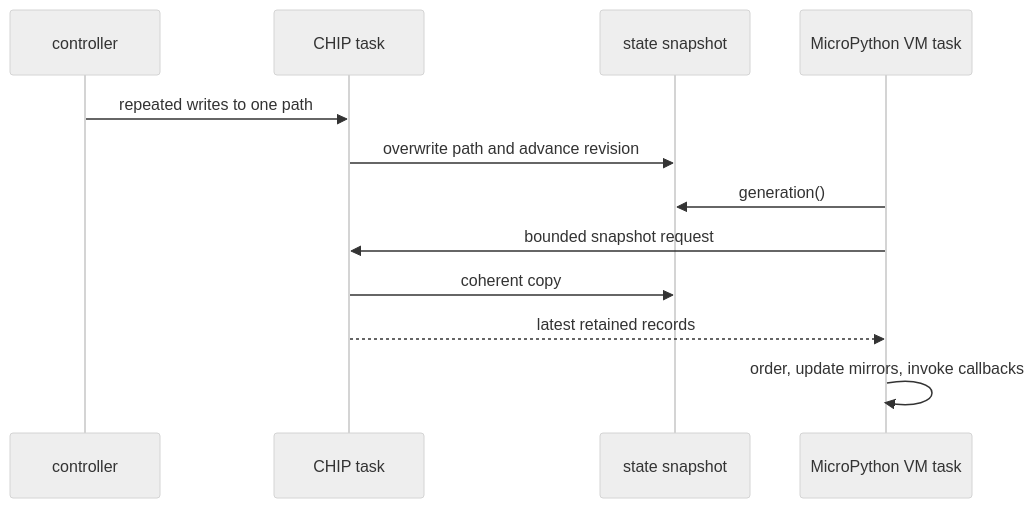
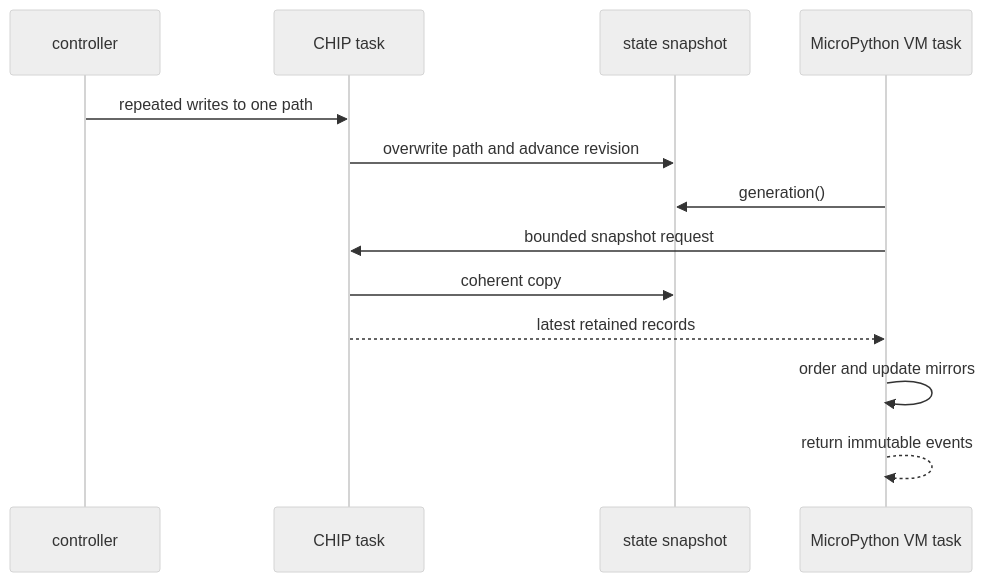
Before and after one commit to khlam/micropython-boardfarm: the third of 3 diagrams in firmware-packages/matter/ARCHITECTURE.md, drawn with Mermaid (neutral theme). The commit also changed other lines of this file and 22 other files, not shown here.

````diff
--- a/firmware-packages/matter/ARCHITECTURE.md
+++ b/firmware-packages/matter/ARCHITECTURE.md
@@ -109,15 +110,16 @@
 ```mermaid
 sequenceDiagram
     participant ctl as controller
     participant chip as CHIP task
     participant snapshot as state snapshot
     participant app as MicroPython VM task
 
     ctl->>chip: repeated writes to one path
     chip->>snapshot: overwrite path and advance revision
     app->>snapshot: generation()
     app->>chip: bounded snapshot request
     chip->>snapshot: coherent copy
     chip-->>app: latest retained records
-    app->>app: order, update mirrors, invoke callbacks
+    app->>app: order and update mirrors
+    app-->>app: return immutable events
 ```
````
